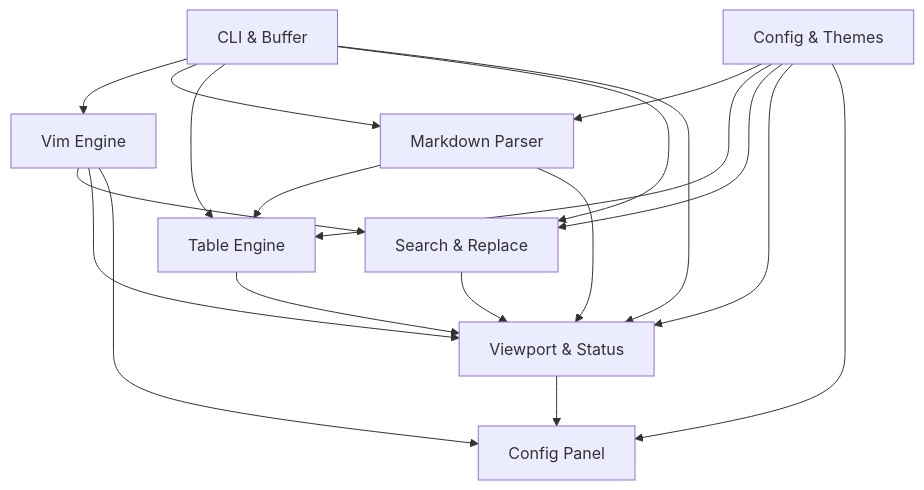
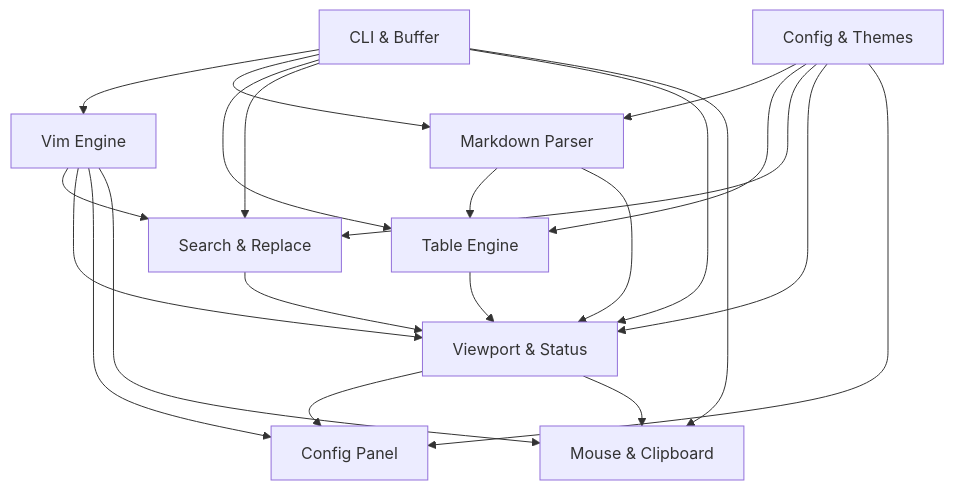
One commit to ArquitetoMovel/md-notes changed the diagram in docs/PRD.md. Above: the diagram before and after it, drawn with Mermaid. The commit also changed other lines of this file and 40 other files, not shown here.

````diff
--- a/docs/PRD.md
+++ b/docs/PRD.md
@@ -461,21 +504,24 @@
 ```mermaid
 graph TD
   F01[CLI & Buffer] --> F03[Vim Engine]
   F01 --> F04[Markdown Parser]
   F02[Config & Themes] --> F04
   F01 --> F05[Table Engine]
   F02 --> F05
   F04 --> F05
   F01 --> F06[Search & Replace]
   F02 --> F06
   F03 --> F06
   F01 --> F07[Viewport & Status]
   F02 --> F07
   F03 --> F07
   F04 --> F07
   F05 --> F07
   F06 --> F07
   F02 --> F08[Config Panel]
   F03 --> F08
   F07 --> F08
+  F01 --> F09[Mouse & Clipboard]
+  F03 --> F09
+  F07 --> F09
 ```
````
